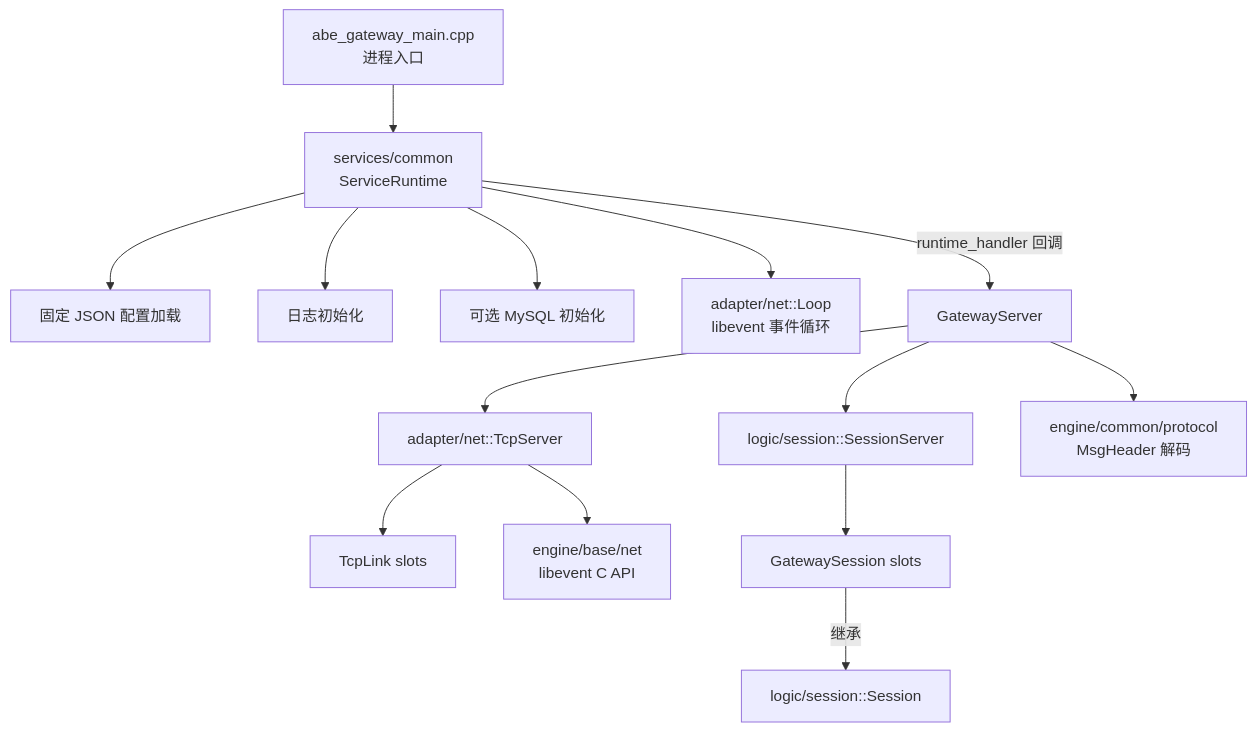
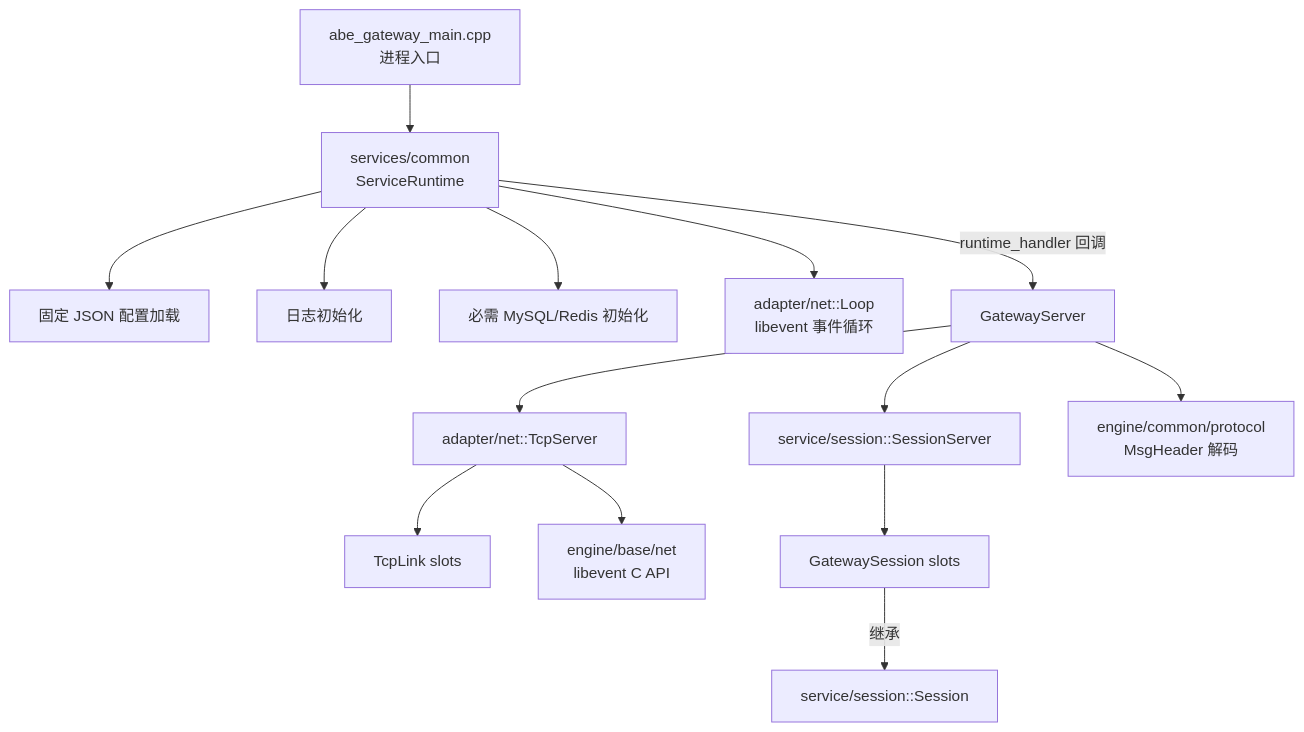
One commit to drog791109/abe_egine changed the first of 2 diagrams in doc/remain.md. Above: the diagram before and after it, drawn with Mermaid. The commit also changed other lines of this file and 49 other files, not shown here.

````diff
--- a/doc/remain.md
+++ b/doc/remain.md
@@ -1,21 +1,21 @@
 ```mermaid
 flowchart TD
     Main[abe_gateway_main.cpp<br/>进程入口] --> Runtime[services/common<br/>ServiceRuntime]
 
     Runtime --> Config[固定 JSON 配置加载]
     Runtime --> Log[日志初始化]
-    Runtime --> DB[可选 MySQL 初始化]
+    Runtime --> DB[必需 MySQL/Redis 初始化]
     Runtime --> Loop[adapter/net::Loop<br/>libevent 事件循环]
 
     Runtime -- runtime_handler 回调 --> GatewayServer[GatewayServer]
 
     GatewayServer --> TcpServer[adapter/net::TcpServer]
     TcpServer --> TcpLink[TcpLink slots]
     TcpServer --> BaseNet[engine/base/net<br/>libevent C API]
 
-    GatewayServer --> SessionServer[logic/session::SessionServer]
+    GatewayServer --> SessionServer[service/session::SessionServer]
     SessionServer --> GatewaySession[GatewaySession slots]
-    GatewaySession -- 继承 --> Session[logic/session::Session]
+    GatewaySession -- 继承 --> Session[service/session::Session]
 
     GatewayServer --> Protocol[engine/common/protocol<br/>MsgHeader 解码]
 ```
````
